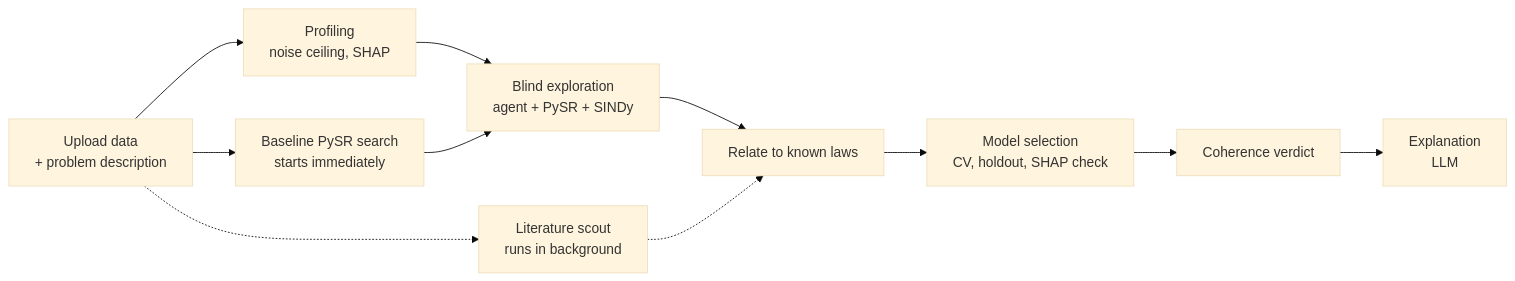
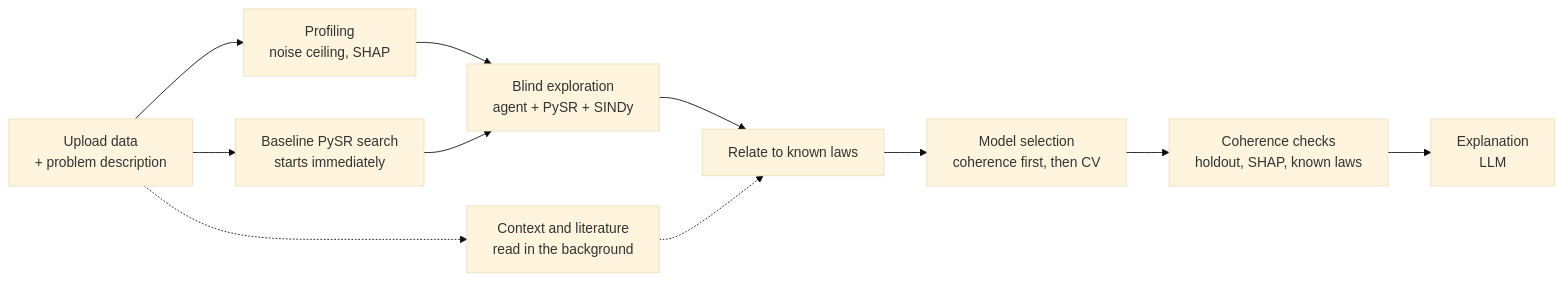
Before and after one commit to HUN-REN-AI1Science/syxplain: the diagram in docs/how-it-works.md, drawn with Mermaid (base theme). The commit also changed other lines of this file and 9 other files, not shown here.

````diff
--- a/docs/how-it-works.md
+++ b/docs/how-it-works.md
@@ -15,13 +15,13 @@
 ```mermaid
 flowchart LR
     A[Upload data<br/>+ problem description] --> B[Profiling<br/>noise ceiling, SHAP]
     A --> P[Baseline PySR search<br/>starts immediately]
-    A -.-> L[Literature scout<br/>runs in background]
+    A -.-> L[Context and literature<br/>read in the background]
     B --> C[Blind exploration<br/>agent + PySR + SINDy]
     P --> C
     C --> R[Relate to known laws]
     L -.-> R
-    R --> S[Model selection<br/>CV, holdout, SHAP check]
-    S --> K[Coherence verdict]
+    R --> S[Model selection<br/>coherence first, then CV]
+    S --> K[Coherence checks<br/>holdout, SHAP, known laws]
     K --> E[Explanation<br/>LLM]
 ```
````
